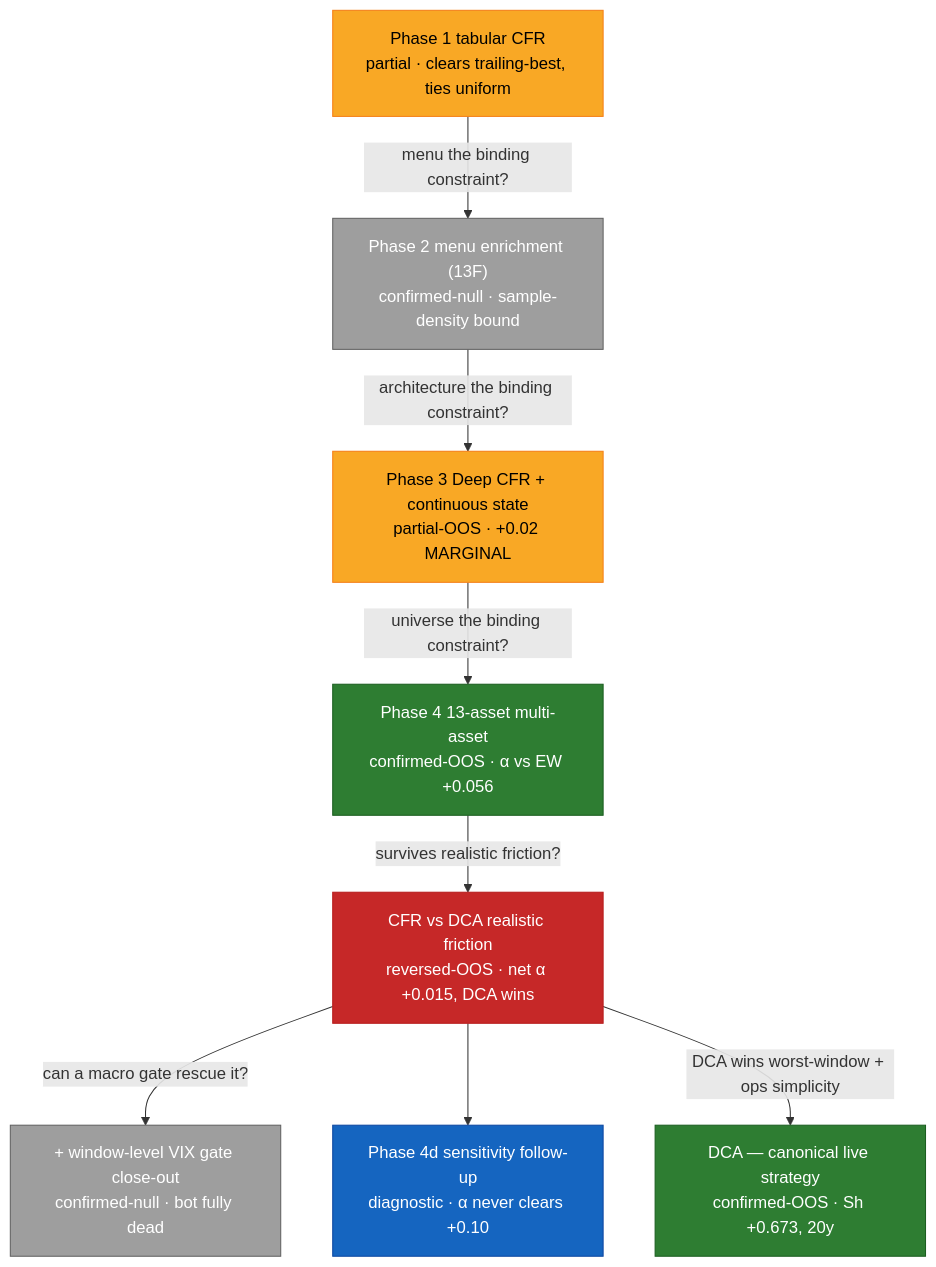
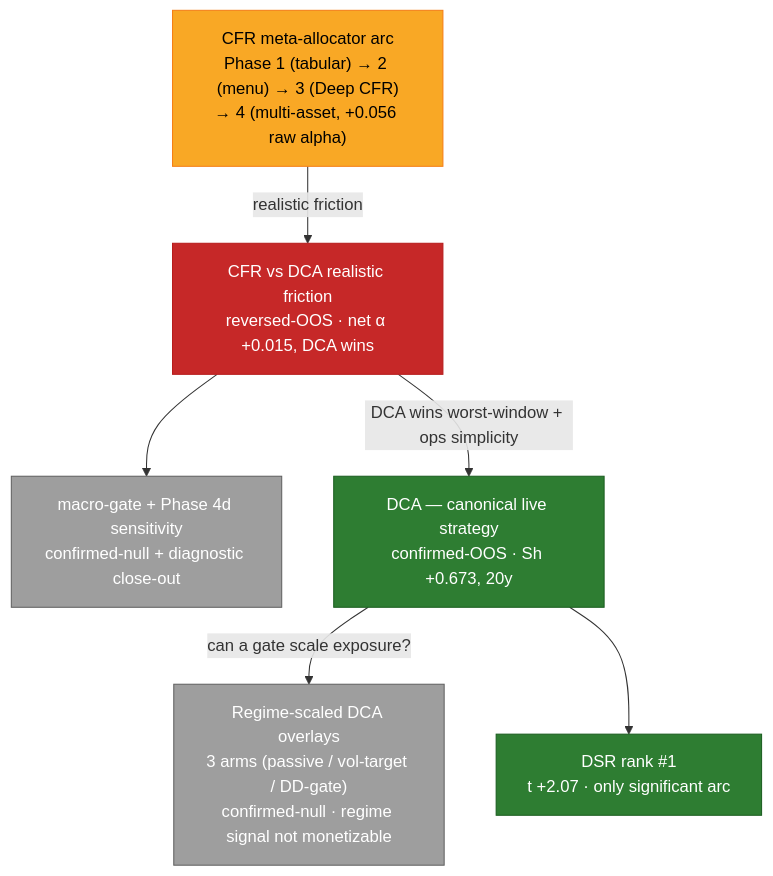
Before and after one commit to sughodke/StockSurvey: the tenth of 12 diagrams in apps/docs/docs/map.md, drawn with Mermaid. The commit also changed other lines of this file and 52 other files, not shown here.

````diff
--- a/apps/docs/docs/map.md
+++ b/apps/docs/docs/map.md
@@ -239,25 +397,23 @@
 ```mermaid
 flowchart TD
-    p1["Phase 1 tabular CFR<br/>partial · clears trailing-best, ties uniform"]:::pOOS
-    p2["Phase 2 menu enrichment (13F)<br/>confirmed-null · sample-density bound"]:::cnull
-    p3["Phase 3 Deep CFR + continuous state<br/>partial-OOS · +0.02 MARGINAL"]:::pOOS
-    p4["Phase 4 13-asset multi-asset<br/>confirmed-OOS · α vs EW +0.056"]:::cOOS
+    cfr["CFR meta-allocator arc<br/>Phase 1 (tabular) → 2 (menu) → 3 (Deep CFR)<br/>→ 4 (multi-asset, +0.056 raw alpha)"]:::pOOS
     vd["CFR vs DCA realistic friction<br/>reversed-OOS · net α +0.015, DCA wins"]:::rOOS
-    mg["+ window-level VIX gate close-out<br/>confirmed-null · bot fully dead"]:::cnull
-    sf["Phase 4d sensitivity follow-up<br/>diagnostic · α never clears +0.10"]:::diag
+    extras["macro-gate + Phase 4d sensitivity<br/>confirmed-null + diagnostic close-out"]:::cnull
     dca["DCA — canonical live strategy<br/>confirmed-OOS · Sh +0.673, 20y"]:::cOOS
+    dcareg["Regime-scaled DCA overlays<br/>3 arms (passive / vol-target / DD-gate)<br/>confirmed-null · regime signal not monetizable"]:::cnull
+    dsr["DSR rank #1<br/>t +2.07 · only significant arc"]:::cOOS
 
-    p1 -->|"menu the binding constraint?"| p2
-    p2 -->|"architecture the binding constraint?"| p3
-    p3 -->|"universe the binding constraint?"| p4
-    p4 -->|"survives realistic friction?"| vd
-    vd -->|"can a macro gate rescue it?"| mg
-    vd --> sf
+    cfr -->|"realistic friction"| vd
+    vd --> extras
     vd -->|"DCA wins worst-window + ops simplicity"| dca
+    dca -->|"can a gate scale exposure?"| dcareg
+    dca --> dsr
+
+    click cfr "../findings/cfr-phase4.md"
+    click vd "../findings/cfr-vs-dca-realistic.md"
 
     classDef cOOS fill:#2e7d32,stroke:#1b5e20,color:#fff
     classDef pOOS fill:#f9a825,stroke:#f57f17,color:#000
     classDef rOOS fill:#c62828,stroke:#b71c1c,color:#fff
     classDef cnull fill:#9e9e9e,stroke:#616161,color:#fff
-    classDef diag fill:#1565c0,stroke:#0d47a1,color:#fff
 ```
````
